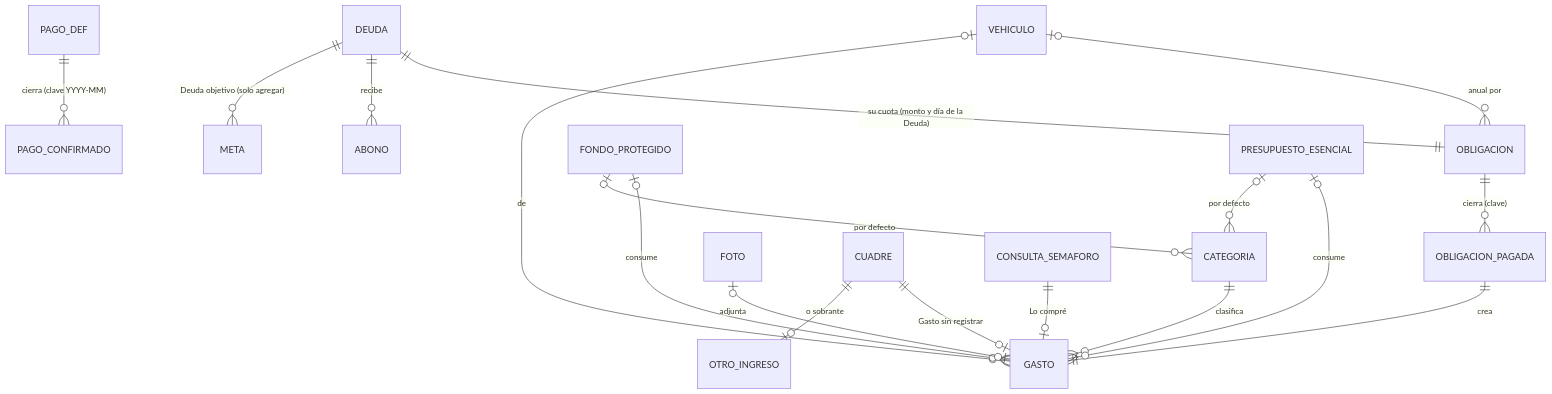
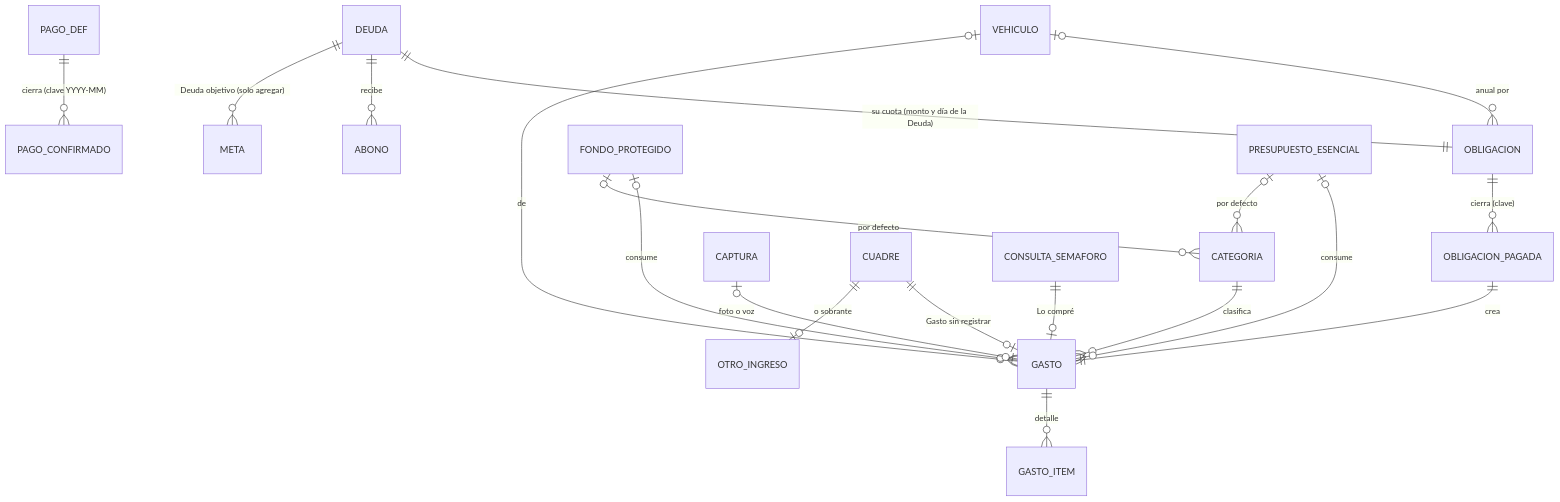
One commit to prietto/moneytrack changed the third of 3 diagrams in _bmad-output/planning-artifacts/architecture/architecture-moneytrack_app-2026-10-15/ARCHITECTURE-SPINE.md. Above: the diagram before and after it, drawn with Mermaid. The commit also changed other lines of this file and 4 other files, not shown here.

````diff
--- a/_bmad-output/planning-artifacts/architecture/architecture-moneytrack_app-2026-10-15/ARCHITECTURE-SPINE.md
+++ b/_bmad-output/planning-artifacts/architecture/architecture-moneytrack_app-2026-10-15/ARCHITECTURE-SPINE.md
@@ -328,20 +339,21 @@
 ```mermaid
 erDiagram
   PAGO_DEF ||--o{ PAGO_CONFIRMADO : "cierra (clave YYYY-MM)"
   DEUDA ||--|| OBLIGACION : "su cuota (monto y día de la Deuda)"
   DEUDA ||--o{ ABONO : recibe
   DEUDA ||--o{ META : "Deuda objetivo (solo agregar)"
   OBLIGACION ||--o{ OBLIGACION_PAGADA : "cierra (clave)"
   OBLIGACION_PAGADA ||--|| GASTO : crea
   VEHICULO |o--o{ OBLIGACION : "anual por"
   CATEGORIA ||--o{ GASTO : clasifica
   VEHICULO |o--o{ GASTO : "de"
   FONDO_PROTEGIDO |o--o{ GASTO : "consume"
   PRESUPUESTO_ESENCIAL |o--o{ GASTO : "consume"
   FONDO_PROTEGIDO |o--o{ CATEGORIA : "por defecto"
   PRESUPUESTO_ESENCIAL |o--o{ CATEGORIA : "por defecto"
-  FOTO |o--o| GASTO : "adjunta"
+  CAPTURA |o--o| GASTO : "foto o voz"
+  GASTO ||--o{ GASTO_ITEM : "detalle"
   CUADRE ||--o| GASTO : "Gasto sin registrar"
   CUADRE ||--o| OTRO_INGRESO : "o sobrante"
   CONSULTA_SEMAFORO ||--o| GASTO : "Lo compré"
 ```
````
